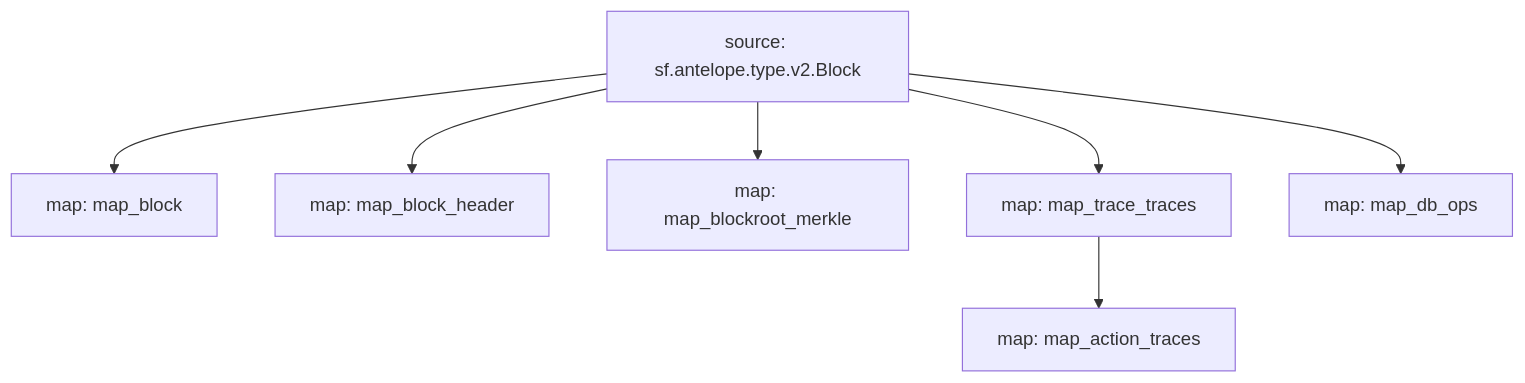
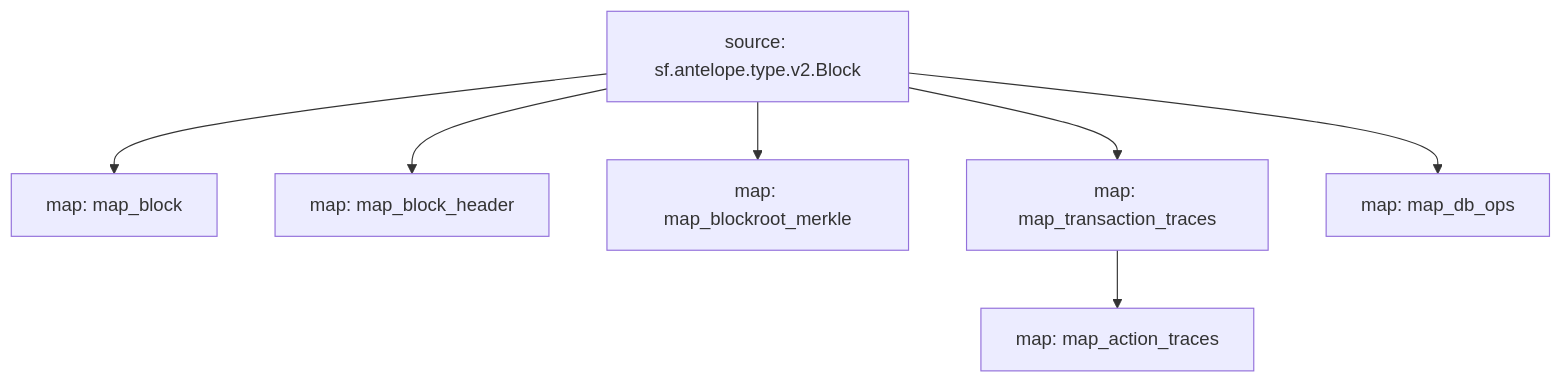
The diagram in substreams/common/README.md (pinax-network/substreams), drawn with Mermaid before and after one commit. The commit also changed other lines of this file and 1 other file, not shown here.

Commit message:
update common

````diff
--- a/substreams/common/README.md
+++ b/substreams/common/README.md
@@ -7,15 +7,15 @@
 ```mermaid
 graph TD;
   map_block[map: map_block]
   sf.antelope.type.v2.Block[source: sf.antelope.type.v2.Block] --> map_block
   map_block_header[map: map_block_header]
   sf.antelope.type.v2.Block[source: sf.antelope.type.v2.Block] --> map_block_header
   map_blockroot_merkle[map: map_blockroot_merkle]
   sf.antelope.type.v2.Block[source: sf.antelope.type.v2.Block] --> map_blockroot_merkle
-  map_trace_traces[map: map_trace_traces]
-  sf.antelope.type.v2.Block[source: sf.antelope.type.v2.Block] --> map_trace_traces
+  map_transaction_traces[map: map_transaction_traces]
+  sf.antelope.type.v2.Block[source: sf.antelope.type.v2.Block] --> map_transaction_traces
   map_action_traces[map: map_action_traces]
-  map_trace_traces --> map_action_traces
+  map_transaction_traces --> map_action_traces
   map_db_ops[map: map_db_ops]
   sf.antelope.type.v2.Block[source: sf.antelope.type.v2.Block] --> map_db_ops
 ```
````
